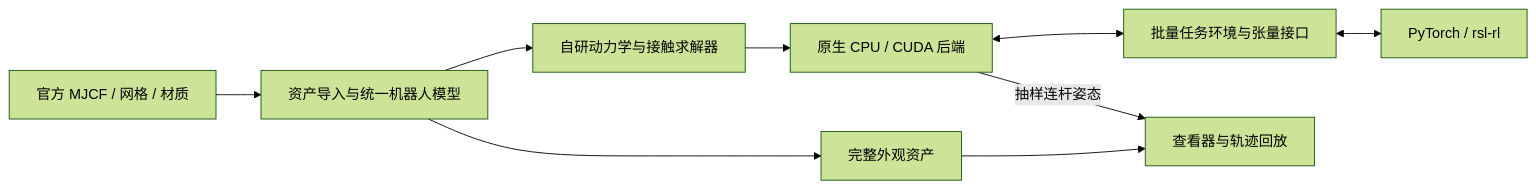
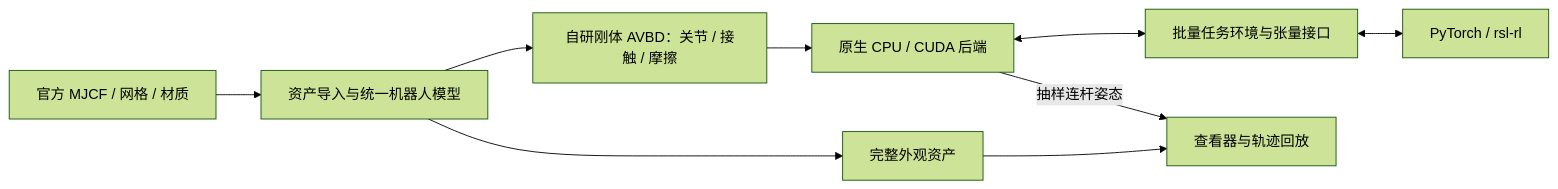
One commit to KeqiYe/duck_gym changed the diagram in docs/TECHNICAL_PLAN.md. Above: the diagram before and after it, drawn with Mermaid (forest theme). The commit also changed other lines of this file and 4 other files, not shown here.

Commit message:
docs: establish rigid-body AVBD as the selected solver roadmap

````diff
--- a/docs/TECHNICAL_PLAN.md
+++ b/docs/TECHNICAL_PLAN.md
@@ -24,11 +26,11 @@
 ```mermaid
 flowchart LR
     A[官方 MJCF / 网格 / 材质] --> B[资产导入与统一机器人模型]
-    B --> C[自研动力学与接触求解器]
+    B --> C[自研刚体 AVBD：关节 / 接触 / 摩擦]
     C --> D[原生 CPU / CUDA 后端]
     D <--> E[批量任务环境与张量接口]
     E <--> F[PyTorch / rsl-rl]
     B --> G[完整外观资产]
     D -->|抽样连杆姿态| H[查看器与轨迹回放]
     G --> H
 ```
````
